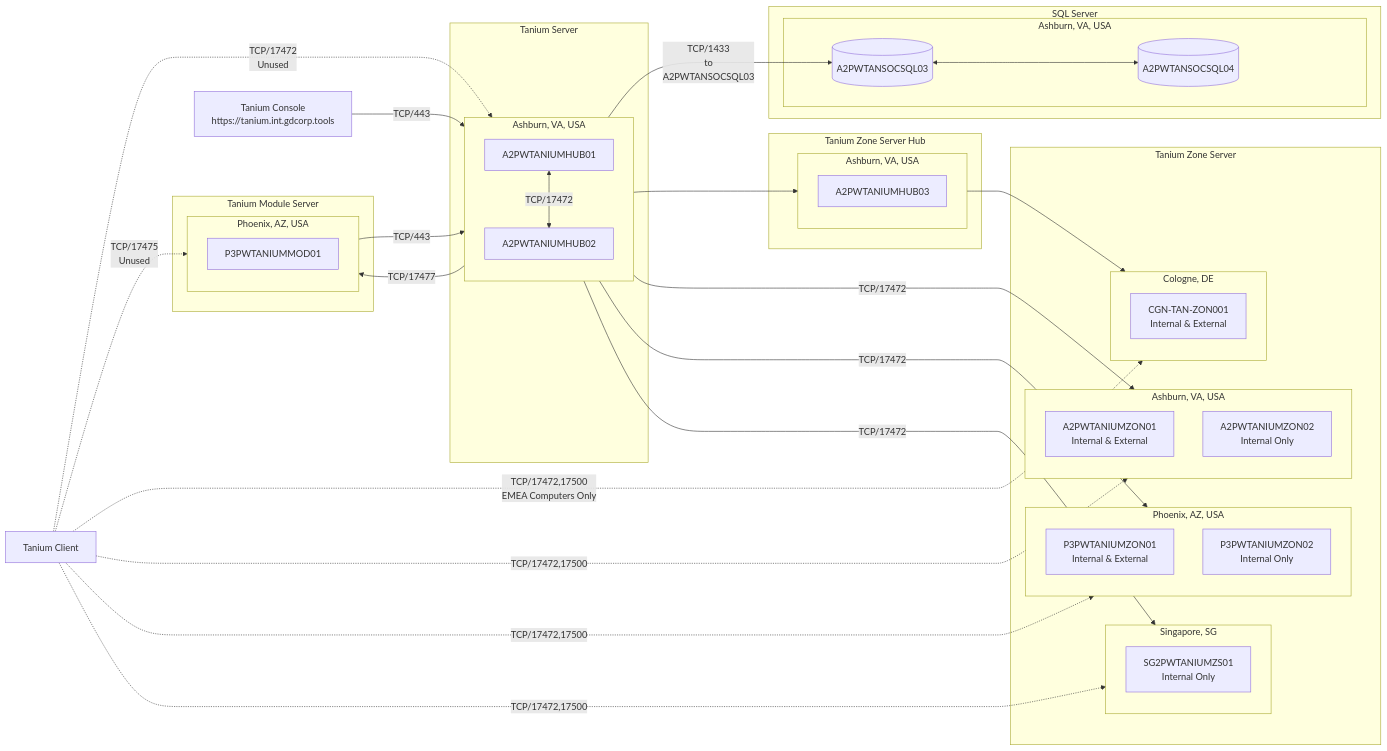
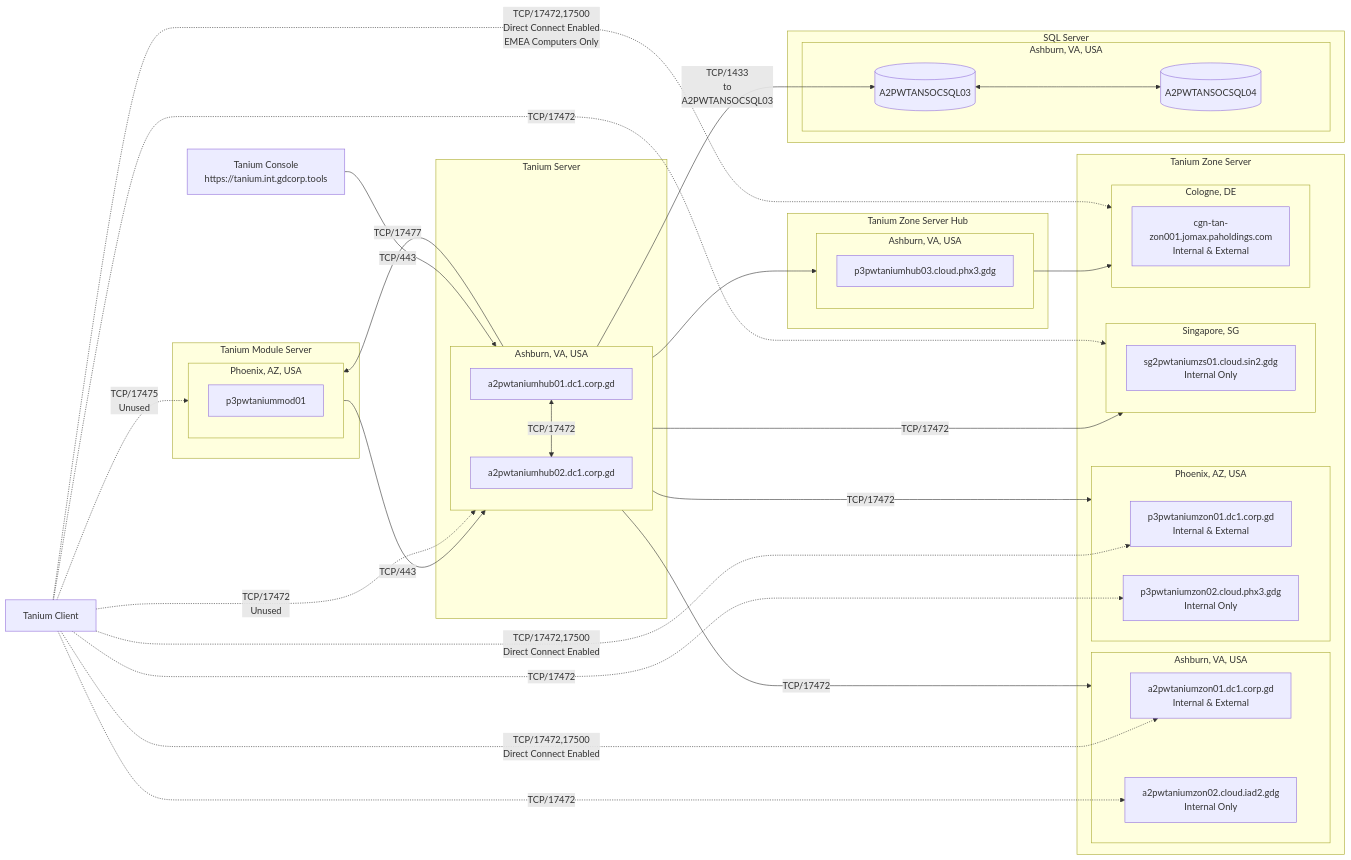
The diagram in docs/diagrams/src/tanium-architecture-prod-us.mmd (gdsec-test/tsa-tanium-config), drawn with Mermaid before and after one commit.

Commit message:
Clarified Direct Connect config, added FQDNs

```diff
--- a/docs/diagrams/src/tanium-architecture-prod-us.mmd
+++ b/docs/diagrams/src/tanium-architecture-prod-us.mmd
@@ -1,75 +1,77 @@
 flowchart LR
     %% Define nodes and subgraphs
     subgraph TS["Tanium Server"]
         subgraph TS_A2["Ashburn, VA, USA"]
-            TS_A2_1["A2PWTANIUMHUB01"]
-            TS_A2_2["A2PWTANIUMHUB02"]
+            TS_A2_1["a2pwtaniumhub01.dc1.corp.gd"]
+            TS_A2_2["a2pwtaniumhub02.dc1.corp.gd"]
             TS_A2_1 <-->|"TCP/17472"| TS_A2_2
         end
     end
     subgraph MS["Tanium Module Server"]
         subgraph MS_P3["Phoenix, AZ, USA"]
-            MS_P3_1["P3PWTANIUMMOD01"]
+            MS_P3_1["p3pwtaniummod01"]
         end
     end
     subgraph ZS["Tanium Zone Server"]
         subgraph ZS_A2["Ashburn, VA, USA"]
-            ZS_A2_1["A2PWTANIUMZON01<br/>Internal & External"]
-            ZS_A2_2["A2PWTANIUMZON02<br/>Internal Only"]
+            ZS_A2_1["a2pwtaniumzon01.dc1.corp.gd<br/>Internal & External"]
+            ZS_A2_2["a2pwtaniumzon02.cloud.iad2.gdg<br/>Internal Only"]
         end
         subgraph ZS_P3["Phoenix, AZ, USA"]
-            ZS_P3_1["P3PWTANIUMZON01<br/>Internal & External"]
-            ZS_P3_2["P3PWTANIUMZON02<br/>Internal Only"]
+            ZS_P3_1["p3pwtaniumzon01.dc1.corp.gd<br/>Internal & External"]
+            ZS_P3_2["p3pwtaniumzon02.cloud.phx3.gdg<br/>Internal Only"]
         end
         subgraph ZS_SG2["Singapore, SG"]
-            ZS_SG2_1["SG2PWTANIUMZS01<br/>Internal Only"]
+            ZS_SG2_1["sg2pwtaniumzs01.cloud.sin2.gdg<br/>Internal Only"]
         end
         subgraph ZS_CGN["Cologne, DE"]
-            ZS_CGN_1["CGN-TAN-ZON001<br/>Internal & External"]
+            ZS_CGN_1["cgn-tan-zon001.jomax.paholdings.com<br/>Internal & External"]
         end
     end
     subgraph ZH["Tanium Zone Server Hub"]
         subgraph ZH_A2["Ashburn, VA, USA"]
-            ZH_A2_1["A2PWTANIUMHUB03"]
+            ZH_A2_1["p3pwtaniumhub03.cloud.phx3.gdg"]
         end
     end
     subgraph SQL["SQL Server"]
         subgraph SQL_A2["Ashburn, VA, USA"]
             SQL_A2_3[("A2PWTANSOCSQL03")]
             SQL_A2_4[("A2PWTANSOCSQL04")]
             SQL_A2_3 <--> SQL_A2_4
         end
     end
     
     %% Define nodes not part of a subgraph
     %%Title("Tanium Production"):::StyleGoDaddyProd
     TaniumClient["Tanium Client"]
     TaniumConsole["Tanium Console<br/>https://tanium.int.gdcorp.tools"]
 
     %% Define relationships
     TS_A2 -->|"TCP/17477"| MS_P3
     MS_P3 -->|"TCP/443"| TS_A2
     TS_A2 -->|"TCP/1433<br/>to<br/>A2PWTANSOCSQL03"| SQL_A2_3
     TS_A2 --> ZH_A2
     TS_A2 -->|"TCP/17472"| ZS_A2
     TS_A2 -->|"TCP/17472"| ZS_P3
     TS_A2 -->|"TCP/17472"| ZS_SG2
     ZH_A2 --> ZS_CGN
     TaniumClient -.->|"TCP/17472<br/>Unused"| TS_A2
     TaniumClient -.->|"TCP/17475<br/>Unused"| MS_P3
-    TaniumClient -.->|"TCP/17472,17500<br/>EMEA Computers Only"| ZS_CGN
-    TaniumClient -.->|"TCP/17472,17500"| ZS_A2
-    TaniumClient -.->|"TCP/17472,17500"| ZS_P3
-    TaniumClient -.->|"TCP/17472,17500"| ZS_SG2
+    TaniumClient -.->|"TCP/17472,17500<br/>Direct Connect Enabled<br/>EMEA Computers Only"| ZS_CGN
+    TaniumClient -.->|"TCP/17472,17500<br/>Direct Connect Enabled"| ZS_A2_1
+    TaniumClient -.->|"TCP/17472"| ZS_A2_2
+    TaniumClient -.->|"TCP/17472,17500<br/>Direct Connect Enabled"| ZS_P3_1
+    TaniumClient -.->|"TCP/17472"| ZS_P3_2
+    TaniumClient -.->|"TCP/17472"| ZS_SG2
     TaniumConsole -->|"TCP/443"| TS_A2
     
     %% Add hyperlinks
     click TaniumConsole "https://tanium.int.gdcorp.tools" "Tanium Console (VPN Required)"
 
     %% Define styles
     classDef StyleGoDaddyProd fill:#E22726,color:#000000,stroke:#FFFFFF,stroke-width:1px;
     classDef StyleGoDaddyProdEMEA fill:#FED317,color:#2F1C4C,stroke:#FADCD9,stroke-width:1px;
     classDef StyleGoDaddyDev fill:#00782E,color:#D8EFEF,stroke:#FFEEA9,stroke-width:1px;
 
     %% Assign styles
     %%class Title StyleGoDaddyProd;
```
